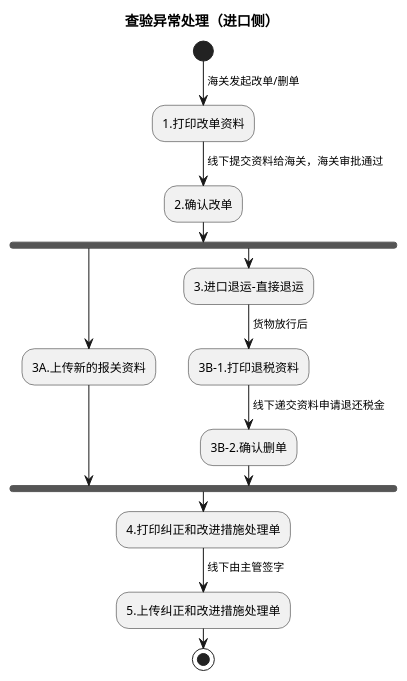
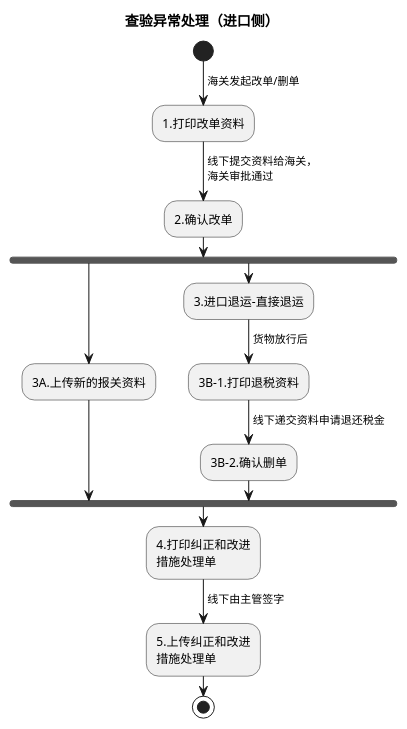
One commit to jack888332/projects-doc changed the seventh of 7 diagrams in product-caliber/goldjet/segmented-prd/mainflow/PRD.高捷物流系统一期.主流程.09.异常处理流程.md. Above: the diagram before and after it, drawn with PlantUML. The commit also changed other lines of this file and 20 other files, not shown here.

Commit message:
优化流程表对应的DLS图

````diff
--- a/product-caliber/goldjet/segmented-prd/mainflow/PRD.高捷物流系统一期.主流程.09.异常处理流程.md
+++ b/product-caliber/goldjet/segmented-prd/mainflow/PRD.高捷物流系统一期.主流程.09.异常处理流程.md
@@ -150,23 +164,24 @@
 ```plantuml
-@startuml
+@startuml goldjet-mainflow-09-9648187c-05
+skinparam activityDiamondBackgroundColor #FFF4CC
 title 查验异常处理（进口侧）
 start
 -> 海关发起改单/删单;
 :1.打印改单资料;
--> 线下提交资料给海关，海关审批通过;
+-> 线下提交资料给海关，\n海关审批通过;
 :2.确认改单;
 fork
   :3A.上传新的报关资料;
 fork again
   :3.进口退运-直接退运;
   -> 货物放行后;
   :3B-1.打印退税资料;
   -> 线下递交资料申请退还税金;
   :3B-2.确认删单;
 end fork
-:4.打印纠正和改进措施处理单;
+:4.打印纠正和改进\n措施处理单;
 -> 线下由主管签字;
-:5.上传纠正和改进措施处理单;
+:5.上传纠正和改进\n措施处理单;
 stop
 @enduml
 ```
````
